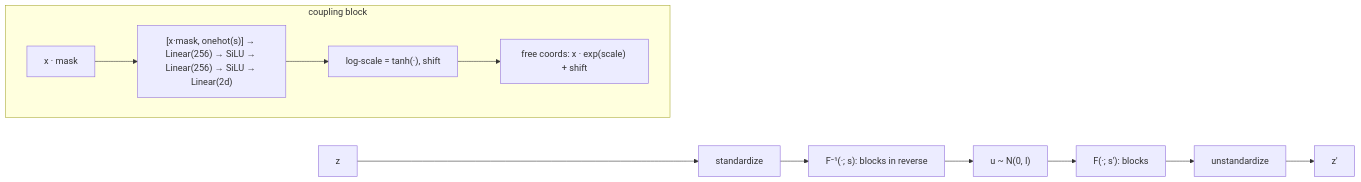
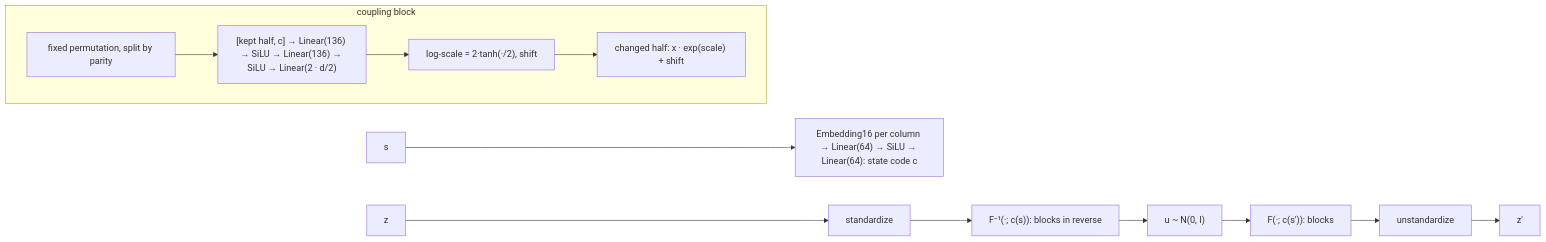
The second of 6 diagrams in latent_lab/README.md (kestelnadomu/latent_intervention), drawn with Mermaid before and after one commit. The commit also changed other lines of this file and 4 other files, not shown here.

Commit message:
Adjusted latent_lab flow implementation. Added model-specific caching

````diff
--- a/latent_lab/README.md
+++ b/latent_lab/README.md
@@ -53,10 +53,11 @@
 ```mermaid
 flowchart LR
-    z["z"] --> std["standardize"] --> inv["F⁻¹(·; s): blocks in reverse"] --> u["u ~ N(0, I)"]
-    u --> fwd["F(·; s'): blocks"] --> unstd["unstandardize"] --> zp["z'"]
+    s["s"] --> code["Embedding16 per column → Linear(64) → SiLU → Linear(64): state code c"]
+    z["z"] --> std["standardize"] --> inv["F⁻¹(·; c(s)): blocks in reverse"] --> u["u ~ N(0, I)"]
+    u --> fwd["F(·; c(s')): blocks"] --> unstd["unstandardize"] --> zp["z'"]
     subgraph block["coupling block"]
         direction LR
-        keep["x · mask"] --> net["[x·mask, onehot(s)] → Linear(256) → SiLU → Linear(256) → SiLU → Linear(2d)"]
-        net --> ss["log-scale = tanh(·), shift"] --> aff["free coords: x · exp(scale) + shift"]
+        perm["fixed permutation, split by parity"] --> net["[kept half, c] → Linear(136) → SiLU → Linear(136) → SiLU → Linear(2 · d/2)"]
+        net --> ss["log-scale = 2·tanh(·/2), shift"] --> aff["changed half: x · exp(scale) + shift"]
     end
 ```
````
